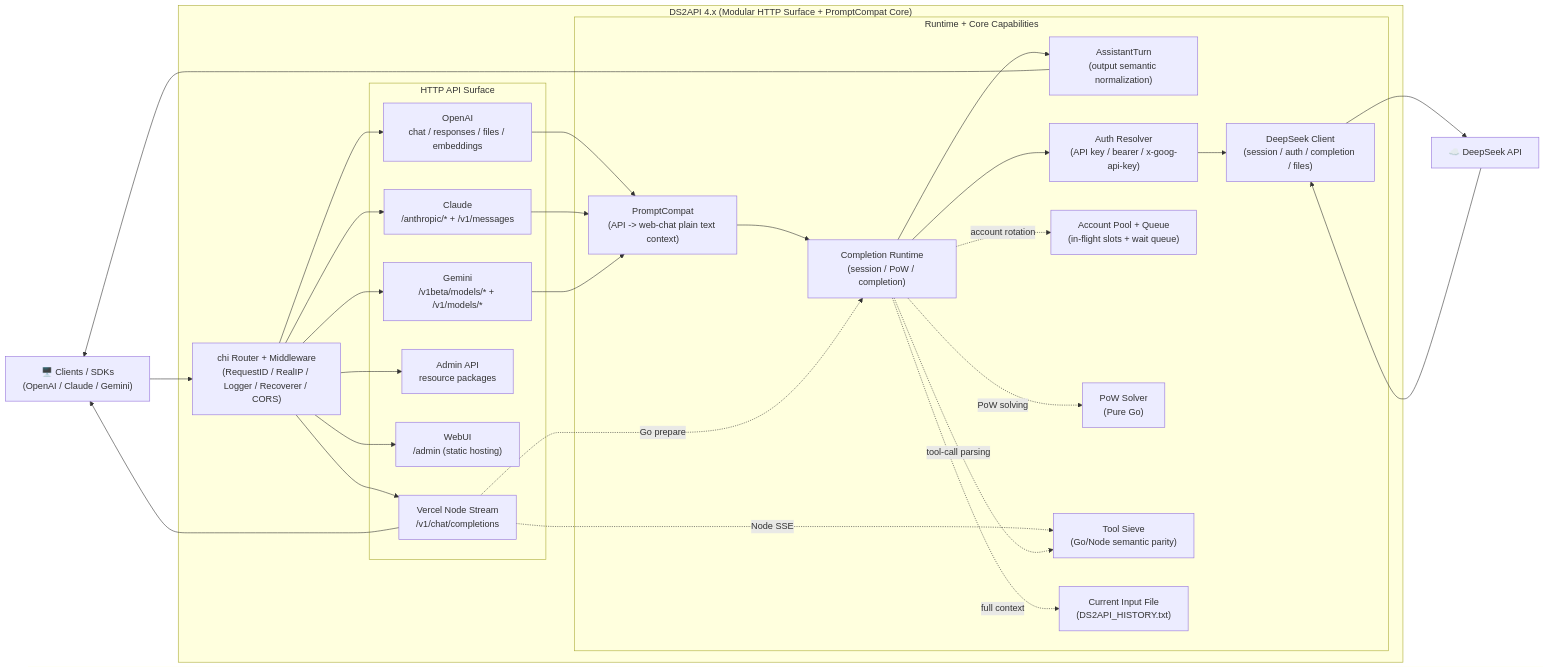
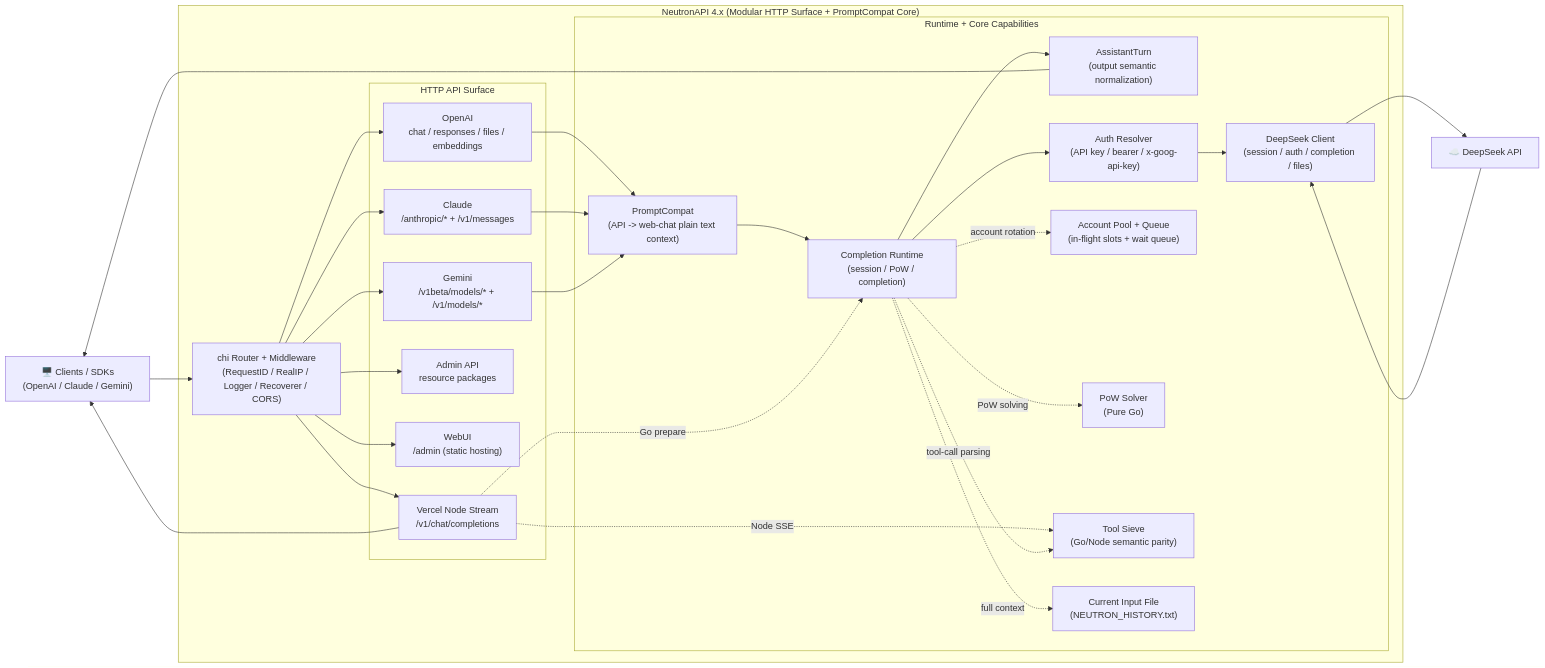
The diagram in README.MD (8w6s/ds2api), drawn with Mermaid before and after one commit. The commit also changed other lines of this file and 251 other files, not shown here.

Commit message:
feat: rebrand project to NeutronAPI and implement Stealth Mode v2.0

````diff
--- a/README.MD
+++ b/README.MD
@@ -62,53 +62,53 @@
 ```mermaid
 flowchart LR
     Client["🖥️ Clients / SDKs\n(OpenAI / Claude / Gemini)"]
     Upstream["☁️ DeepSeek API"]
 
-    subgraph DS2API["DS2API 4.x (Modular HTTP Surface + PromptCompat Core)"]
+    subgraph NeutronAPI["NeutronAPI 4.x (Modular HTTP Surface + PromptCompat Core)"]
         Router["chi Router + Middleware\n(RequestID / RealIP / Logger / Recoverer / CORS)"]
 
         subgraph HTTP["HTTP API Surface"]
             OA["OpenAI\nchat / responses / files / embeddings"]
             CA["Claude\n/anthropic/* + /v1/messages"]
             GA["Gemini\n/v1beta/models/* + /v1/models/*"]
             Admin["Admin API\nresource packages"]
             WebUI["WebUI\n/admin (static hosting)"]
             Vercel["Vercel Node Stream\n/v1/chat/completions"]
         end
 
         subgraph Runtime["Runtime + Core Capabilities"]
             Compat["PromptCompat\n(API -> web-chat plain text context)"]
             Completion["Completion Runtime\n(session / PoW / completion)"]
             Turn["AssistantTurn\n(output semantic normalization)"]
             Auth["Auth Resolver\n(API key / bearer / x-goog-api-key)"]
             Pool["Account Pool + Queue\n(in-flight slots + wait queue)"]
             DSClient["DeepSeek Client\n(session / auth / completion / files)"]
             Pow["PoW Solver\n(Pure Go)"]
             Tool["Tool Sieve\n(Go/Node semantic parity)"]
-            History["Current Input File\n(DS2API_HISTORY.txt)"]
+            History["Current Input File\n(NEUTRON_HISTORY.txt)"]
         end
     end
 
     Client --> Router
     Router --> OA & CA & GA
     Router --> Admin
     Router --> WebUI
     Router --> Vercel
 
     OA --> Compat
     CA & GA --> Compat
     Compat --> Completion
     Completion -.full context.-> History
     Completion --> Turn
     Vercel -.Go prepare.-> Completion
     Vercel -.Node SSE.-> Tool
     Completion --> Auth
     Completion -.account rotation.-> Pool
     Completion -.tool-call parsing.-> Tool
     Completion -.PoW solving.-> Pow
     Auth --> DSClient
     DSClient --> Upstream
     Upstream --> DSClient
     Turn --> Client
     Vercel --> Client
 ```
````
